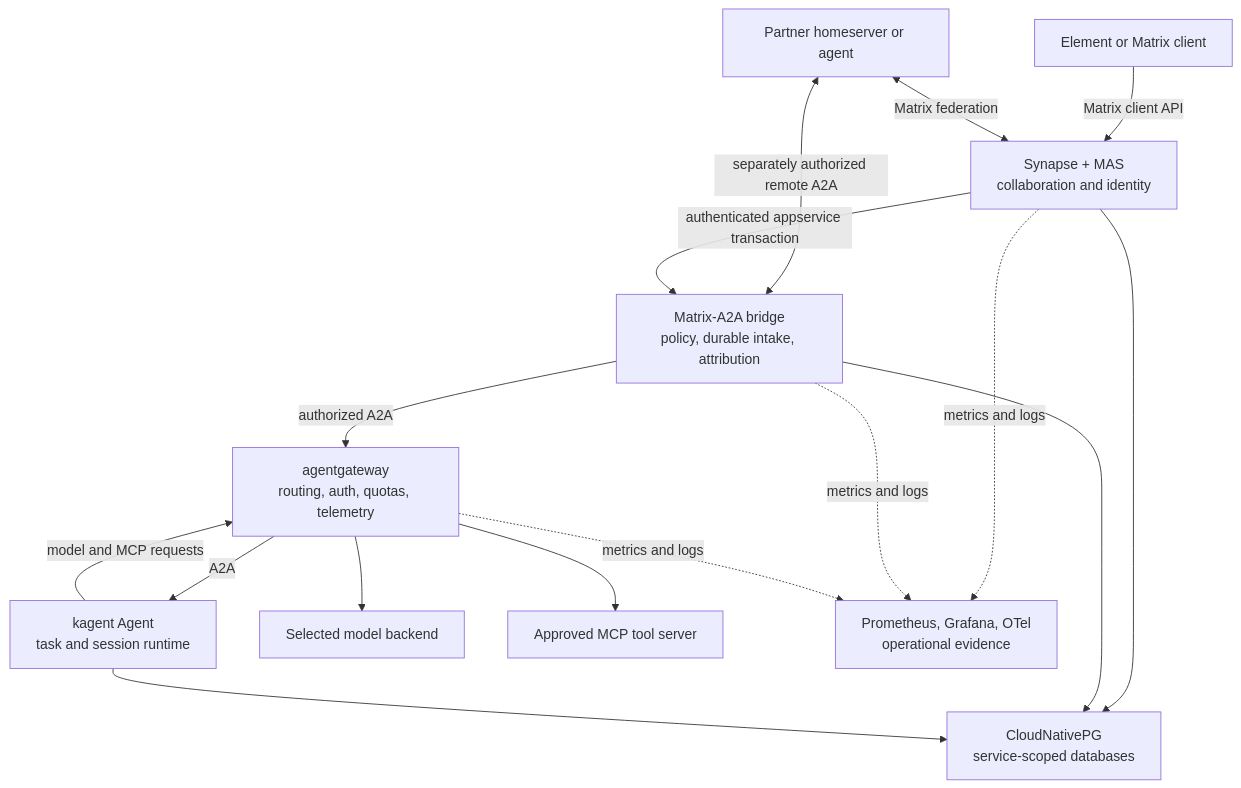
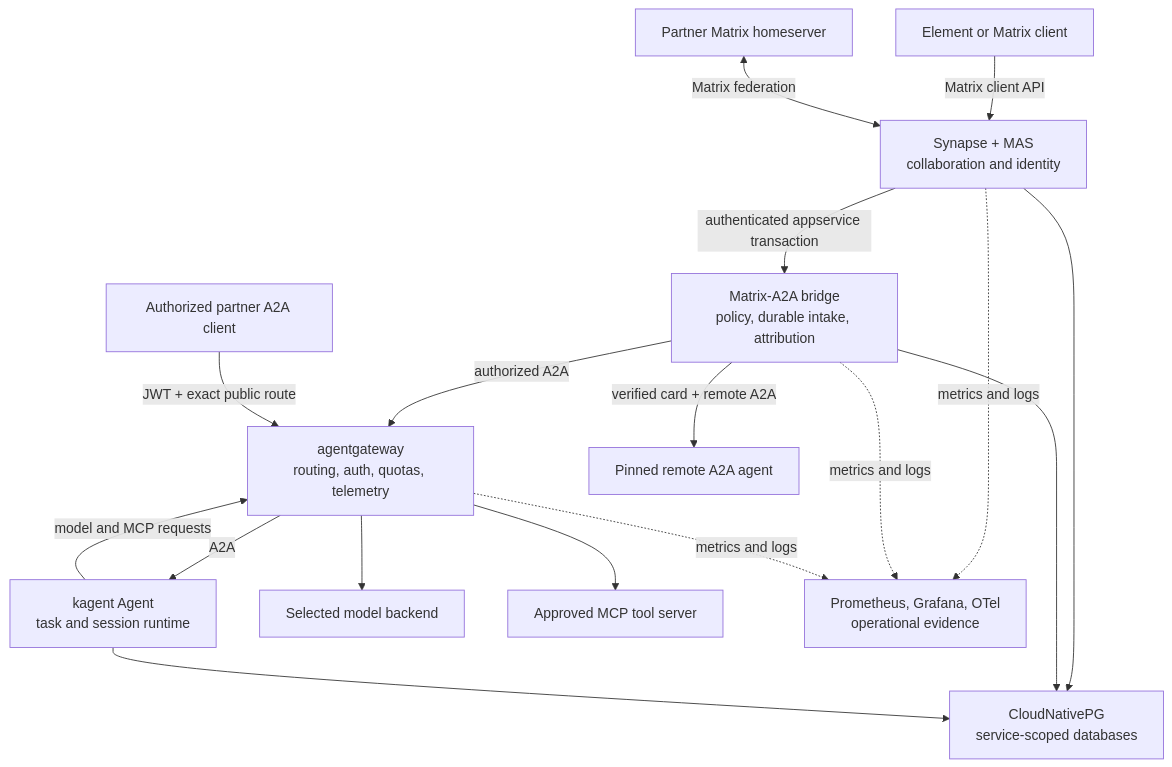
The second of 2 diagrams in docs/reference-architecture.md (fmind-ai/fgentic), drawn with Mermaid before and after one commit. The commit also changed other lines of this file, not shown here.

Commit message:
docs(architecture): correct evidence boundaries

````diff
--- a/docs/reference-architecture.md
+++ b/docs/reference-architecture.md
@@ -99,21 +99,22 @@
 ```mermaid
 flowchart TB
   accTitle: Fgentic reference containers
-  accDescr: Element and Matrix handle collaboration and identity, the bridge turns mentions into A2A work, agentgateway governs agent, model, and tool traffic, and PostgreSQL and observability provide state and evidence.
+  accDescr: Element and Matrix handle collaboration and identity, the bridge turns mentions into local or pinned-remote A2A work, authorized partners use a separate public gateway route, and PostgreSQL and observability provide state and evidence.
 
   User["Element or Matrix client"] -->|Matrix client API| Matrix["Synapse + MAS<br/>collaboration and identity"]
-  Partner["Partner homeserver or agent"] <-->|Matrix federation| Matrix
-  Partner <-->|separately authorized remote A2A| Bridge["Matrix-A2A bridge<br/>policy, durable intake, attribution"]
-  Matrix -->|authenticated appservice transaction| Bridge
+  PartnerHS["Partner Matrix homeserver"] <-->|Matrix federation| Matrix
+  Matrix -->|authenticated appservice transaction| Bridge["Matrix-A2A bridge<br/>policy, durable intake, attribution"]
   Bridge -->|authorized A2A| Gateway["agentgateway<br/>routing, auth, quotas, telemetry"]
+  Bridge -->|verified card + remote A2A| RemoteAgent["Pinned remote A2A agent"]
+  PartnerClient["Authorized partner A2A client"] -->|JWT + exact public route| Gateway
   Gateway -->|A2A| Agent["kagent Agent<br/>task and session runtime"]
   Agent -->|model and MCP requests| Gateway
   Gateway --> Model["Selected model backend"]
   Gateway --> Tool["Approved MCP tool server"]
   Matrix --> DB["CloudNativePG<br/>service-scoped databases"]
   Bridge --> DB
   Agent --> DB
   Matrix -. metrics and logs .-> Observe["Prometheus, Grafana, OTel<br/>operational evidence"]
   Bridge -. metrics and logs .-> Observe
   Gateway -. metrics and logs .-> Observe
 ```
````
